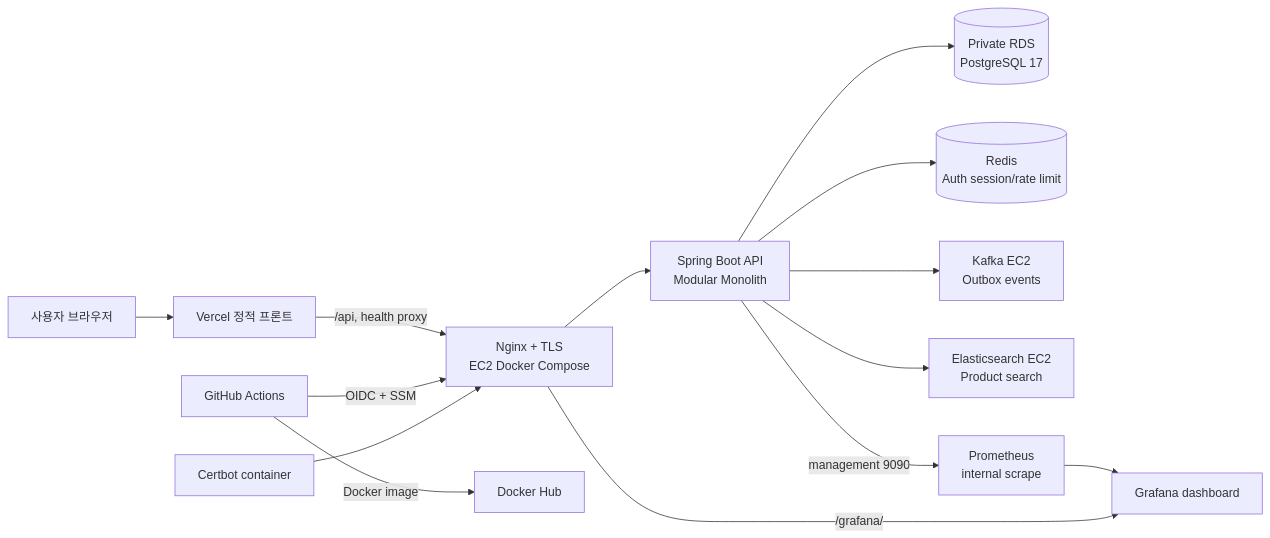
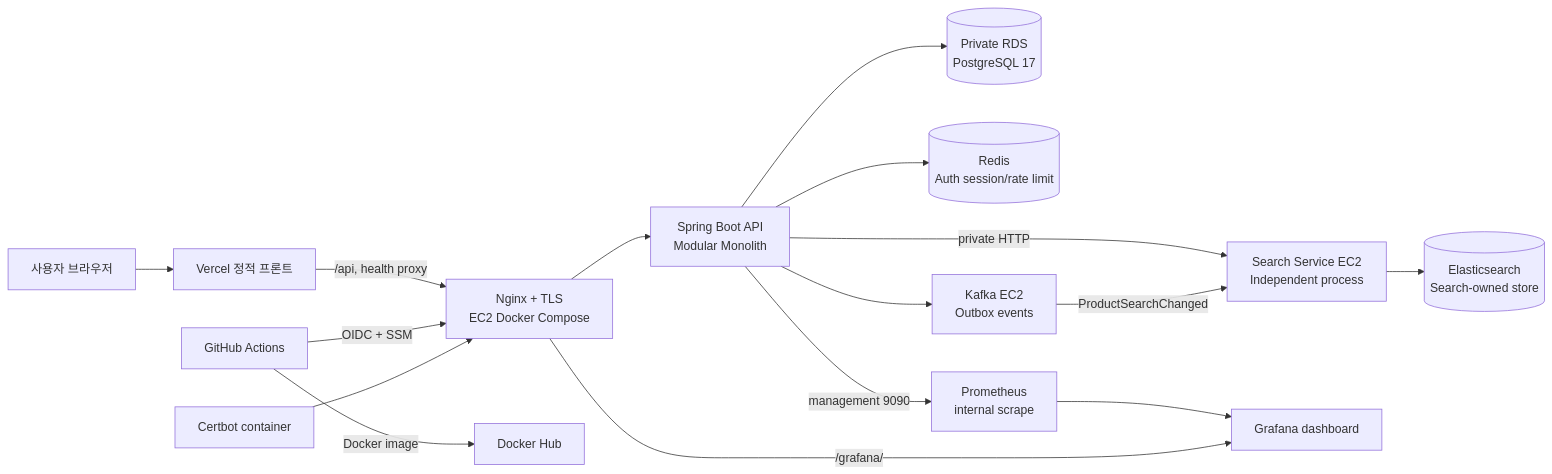
The first of 2 diagrams in README.md (xixvivji/SKALA-shop-api), drawn with Mermaid before and after one commit. The commit also changed other lines of this file and 3 other files, not shown here.

````diff
--- a/README.md
+++ b/README.md
@@ -97,16 +102,18 @@
 ```mermaid
 flowchart LR
     U[사용자 브라우저] --> V[Vercel 정적 프론트]
     V -->|/api, health proxy| N[Nginx + TLS<br/>EC2 Docker Compose]
     N --> B[Spring Boot API<br/>Modular Monolith]
     B --> R[(Private RDS<br/>PostgreSQL 17)]
     B --> RD[(Redis<br/>Auth session/rate limit)]
     B --> K[Kafka EC2<br/>Outbox events]
-    B --> E[Elasticsearch EC2<br/>Product search]
+    B -->|private HTTP| S[Search Service EC2<br/>Independent process]
+    K -->|ProductSearchChanged| S
+    S --> E[(Elasticsearch<br/>Search-owned store)]
     B -->|management 9090| P[Prometheus<br/>internal scrape]
     P --> GR[Grafana dashboard]
     N -->|/grafana/| GR
     G[GitHub Actions] -->|Docker image| D[Docker Hub]
     G -->|OIDC + SSM| N
     C[Certbot container] --> N
 ```
````
